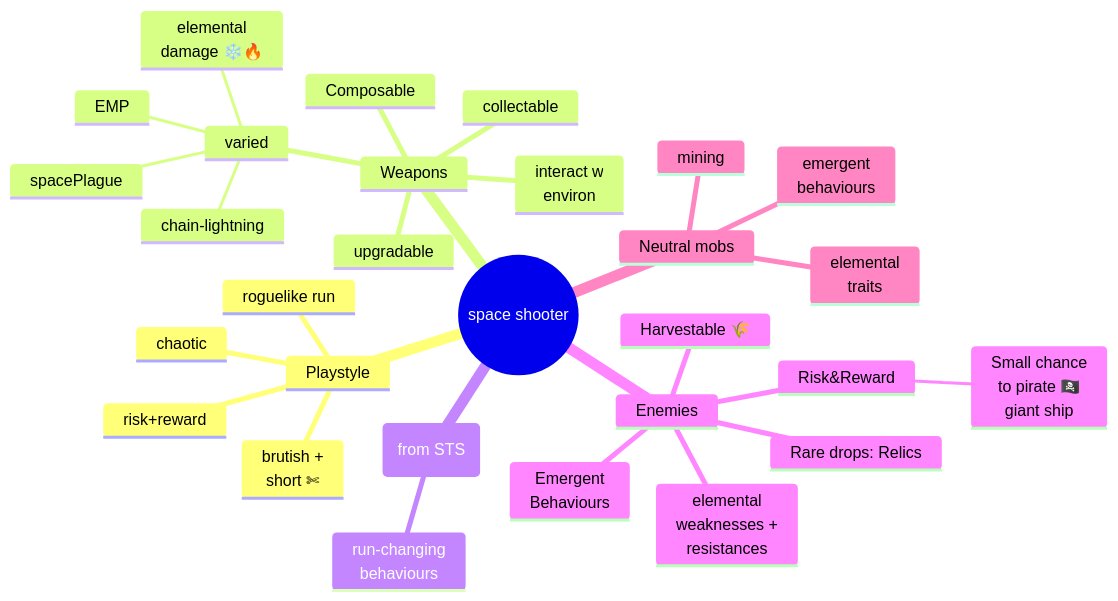
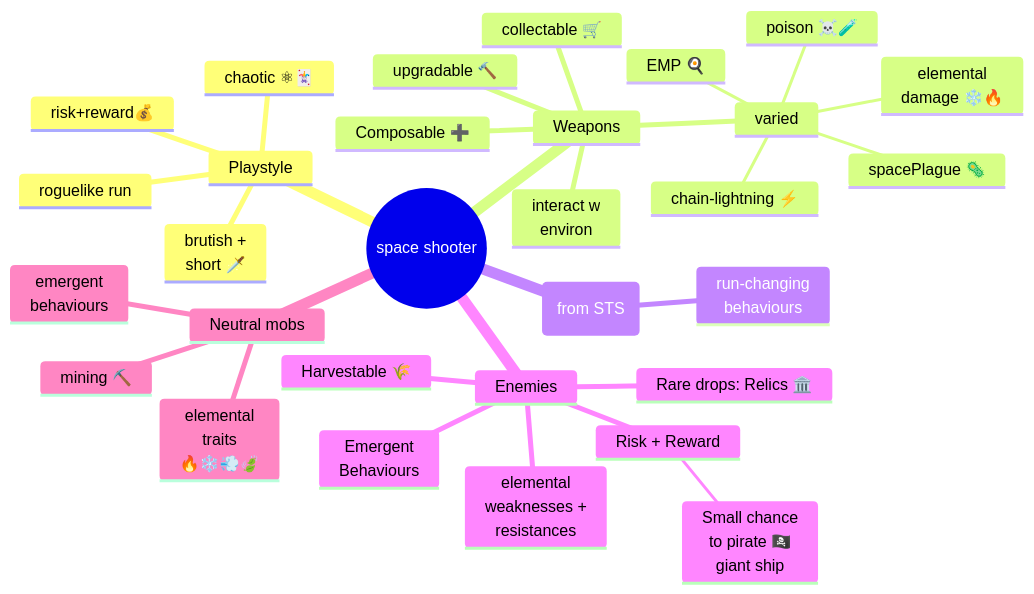
The diagram in docs/todo.md (nbogie/p5js-space-scroller), drawn with Mermaid before and after one commit.

Commit message:
docs: add emojis

````diff
--- a/docs/todo.md
+++ b/docs/todo.md
@@ -22,33 +22,34 @@
 ```mermaid
 %%{init: {'theme': 'default'}}%%
 mindmap
   root((space shooter))
     Playstyle
       roguelike run
-      risk+reward
-      chaotic
-      brutish +<br/>short ✄
+      risk+reward💰
+      chaotic ⚛🃏
+      brutish +<br/>short 🗡️
     Weapons
-      Composable
+      Composable ➕
       varied
         elemental<br/>damage ❄️🔥
-        spacePlague
-        EMP
-        chain-lightning
+        spacePlague 🦠
+        EMP 🍳
+        chain-lightning ⚡️
+        poison ☠️🧪
       interact w<br/>environ
-      collectable
-      upgradable
+      collectable 🛒
+      upgradable 🔨
     Relics (from STS)
       run-changing<br/>behaviours
     Enemies
       Emergent<br/>Behaviours
-      Risk&Reward
+      Risk + Reward
         Small chance<br/>to pirate 🏴‍☠️<br/>giant ship
       elemental<br/>weaknesses +<br/>resistances
       Harvestable 🌾
-      Rare drops: Relics
+      Rare drops: Relics 🏛️
     Neutral mobs
-      elemental<br/>traits
+      elemental<br/>traits<br/>🔥❄️💨🍃
       emergent<br/>behaviours
-      mining
+      mining ⛏️
 ```
````
